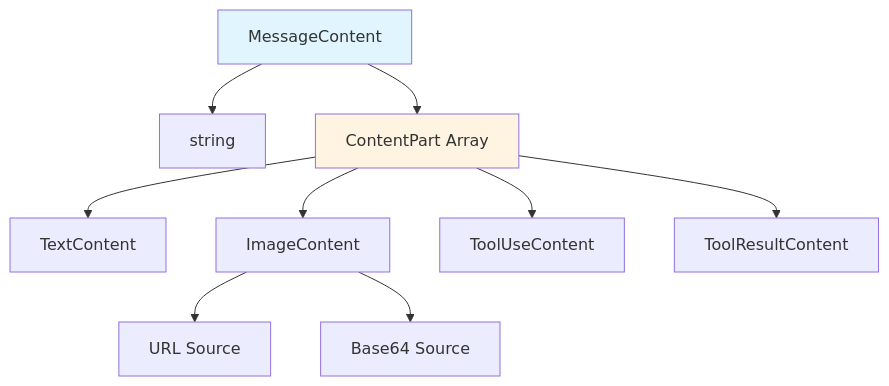
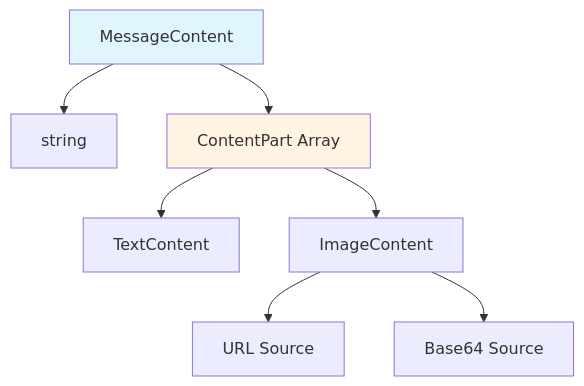
The second of 3 diagrams in apps/website/app/content/docs/en/api/ir.mdx (isboyjc/amux), drawn with Mermaid before and after one commit. The commit also changed other lines of this file and 223 other files, not shown here.

````diff
--- a/apps/website/app/content/docs/en/api/ir.mdx
+++ b/apps/website/app/content/docs/en/api/ir.mdx
@@ -394,16 +392,14 @@
 ```mermaid
 graph TD
     A[MessageContent] --> B[string]
     A --> C["ContentPart Array"]
 
     C --> D[TextContent]
     C --> E[ImageContent]
-    C --> F[ToolUseContent]
-    C --> G[ToolResultContent]
 
     E --> H[URL Source]
     E --> I[Base64 Source]
 
     style A fill:#e1f5ff
     style C fill:#fff4e1
 ```
````
